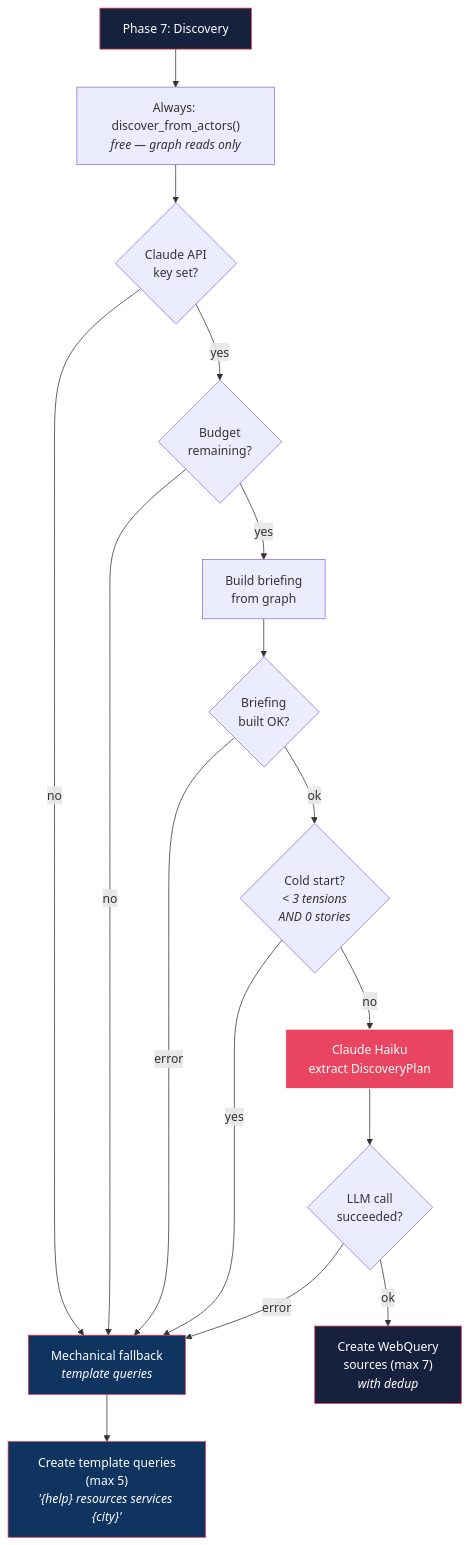
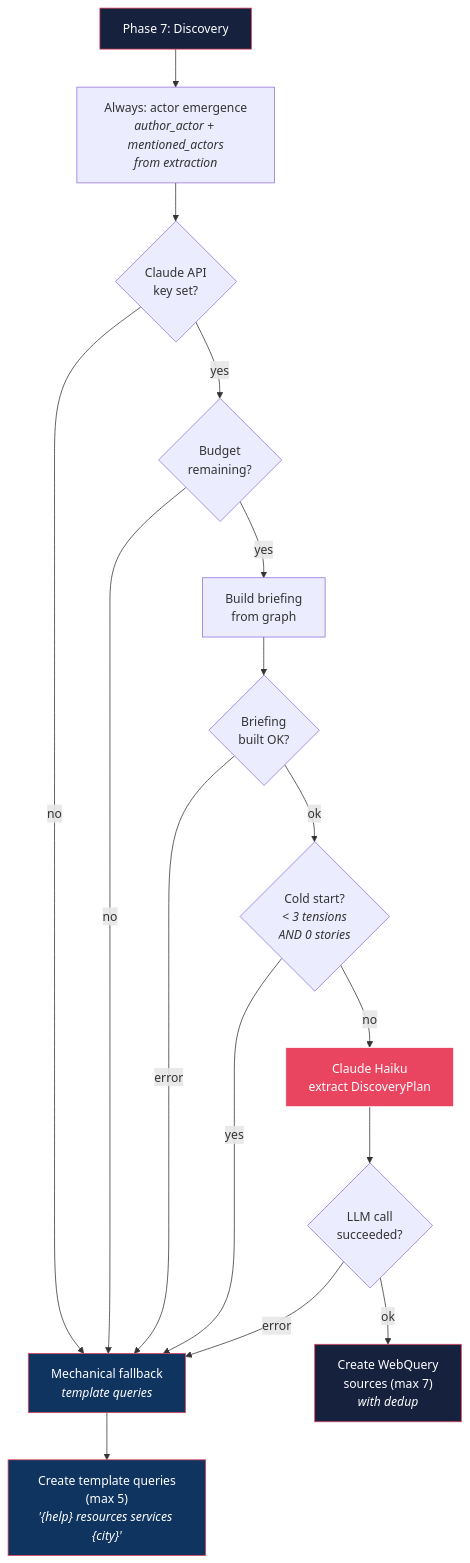
One commit to fourthplaces/rootsignal changed the tenth of 13 diagrams in docs/architecture/feedback-loops.md. Above: the diagram before and after it, drawn with Mermaid. The commit also changed other lines of this file and 37 other files, not shown here.

First line of the commit message:
refactor(scout): remove ActorDiscovery phase — actors emerge from content

````diff
--- a/docs/architecture/feedback-loops.md
+++ b/docs/architecture/feedback-loops.md
@@ -644,25 +644,25 @@
 ```mermaid
 flowchart TB
-    Start["Phase 7: Discovery"] --> Actors["Always: discover_from_actors()<br/><i>free — graph reads only</i>"]
+    Start["Phase 7: Discovery"] --> Actors["Always: actor emergence<br/><i>author_actor + mentioned_actors<br/>from extraction</i>"]
     Actors --> HasClaude{"Claude API<br/>key set?"}
     HasClaude -- no --> Mechanical["Mechanical fallback<br/><i>template queries</i>"]
     HasClaude -- yes --> HasBudget{"Budget<br/>remaining?"}
     HasBudget -- no --> Mechanical
     HasBudget -- yes --> BuildBrief["Build briefing<br/>from graph"]
     BuildBrief --> BriefOk{"Briefing<br/>built OK?"}
     BriefOk -- error --> Mechanical
     BriefOk -- ok --> ColdStart{"Cold start?<br/><i>< 3 tensions<br/>AND 0 stories</i>"}
     ColdStart -- yes --> Mechanical
     ColdStart -- no --> LLMCall["Claude Haiku<br/>extract DiscoveryPlan"]
     LLMCall --> LLMOk{"LLM call<br/>succeeded?"}
     LLMOk -- error --> Mechanical
     LLMOk -- ok --> CreateSources["Create WebQuery<br/>sources (max 7)<br/><i>with dedup</i>"]
 
     Mechanical --> CreateMech["Create template queries<br/>(max 5)<br/><i>'{help} resources services {city}'</i>"]
 
     style Start fill:#16213e,stroke:#e94560,color:#fff
     style LLMCall fill:#e94560,stroke:#fff,color:#fff
     style Mechanical fill:#0f3460,stroke:#e94560,color:#fff
     style CreateSources fill:#16213e,stroke:#e94560,color:#fff
     style CreateMech fill:#0f3460,stroke:#e94560,color:#fff
 ```
````
